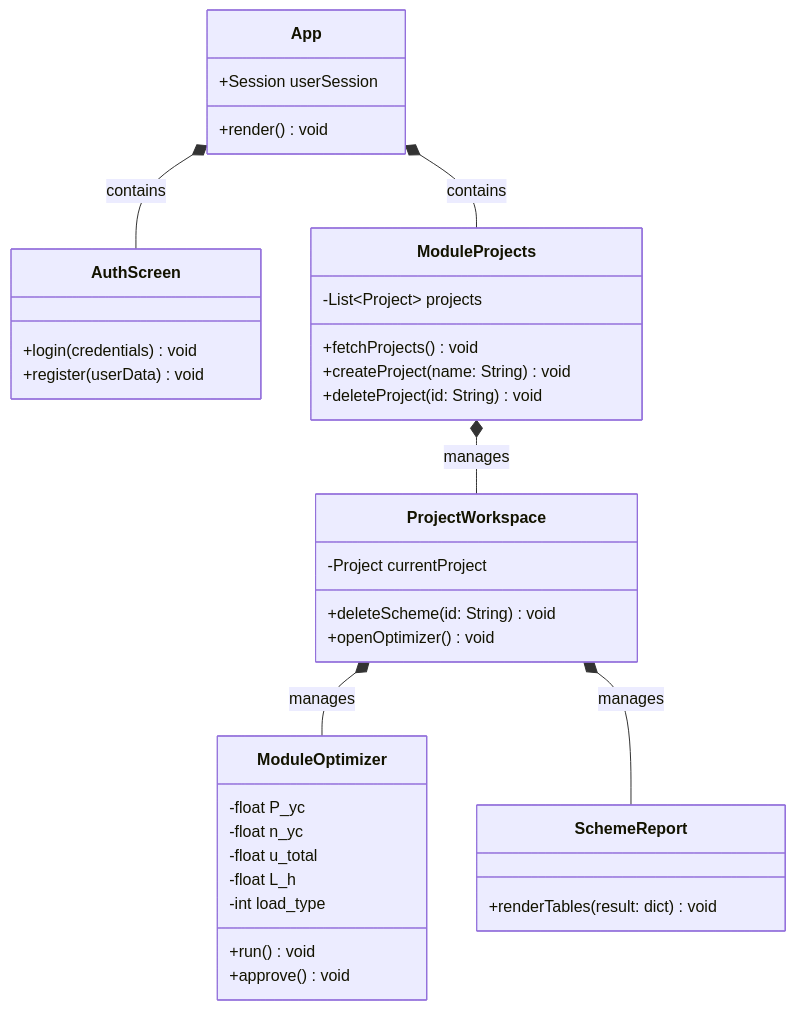
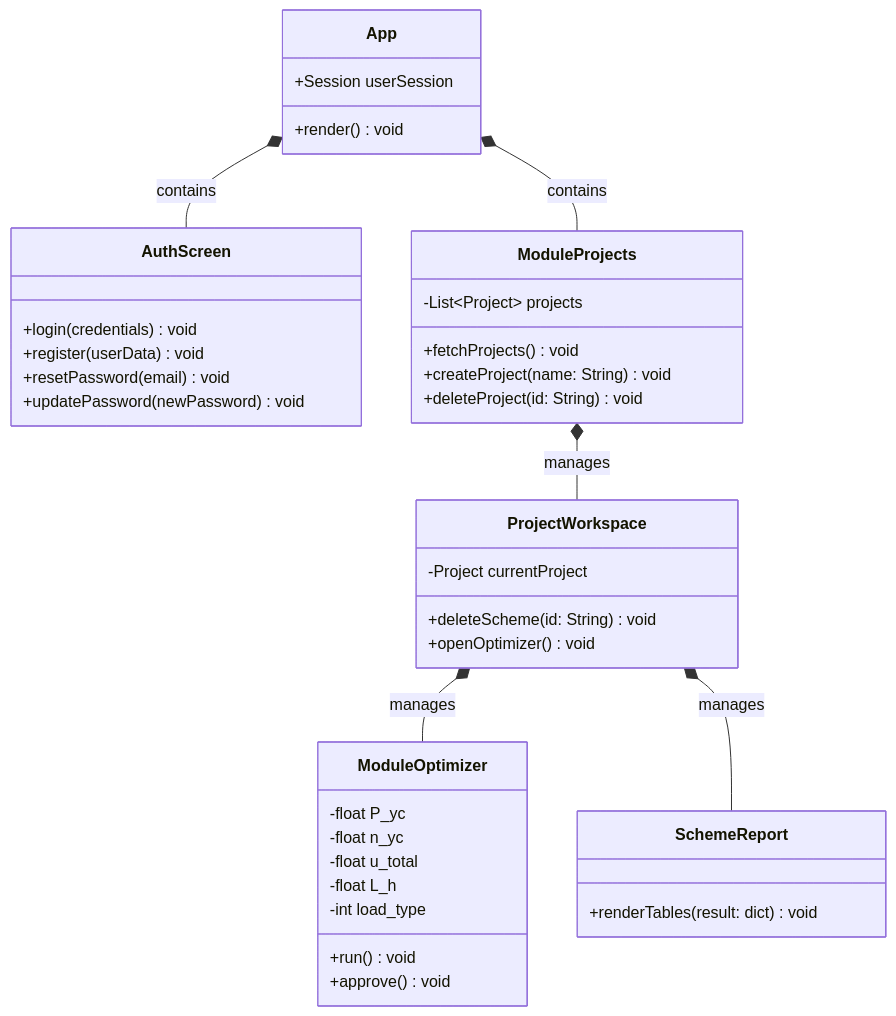
Before and after one commit to dvydinh/mechdrive: the second of 2 diagrams in docs/uml/3_Class_Diagrams.md, drawn with Mermaid. The commit also changed 2 other files, not shown here.

Commit message:
cap nhat so do

````diff
--- a/docs/uml/3_Class_Diagrams.md
+++ b/docs/uml/3_Class_Diagrams.md
@@ -36,45 +36,47 @@
 ```mermaid
 classDiagram
     class App {
         +Session userSession
         +render() void
     }
     
     class AuthScreen {
         +login(credentials) void
         +register(userData) void
+        +resetPassword(email) void
+        +updatePassword(newPassword) void
     }
     
     class ModuleProjects {
         -List~Project~ projects
         +fetchProjects() void
         +createProject(name: String) void
         +deleteProject(id: String) void
     }
     
     class ProjectWorkspace {
         -Project currentProject
         +deleteScheme(id: String) void
         +openOptimizer() void
     }
     
     class ModuleOptimizer {
         -float P_yc
         -float n_yc
         -float u_total
         -float L_h
         -int load_type
         +run() void
         +approve() void
     }
     
     class SchemeReport {
         +renderTables(result: dict) void
     }
 
     App *-- AuthScreen : contains
     App *-- ModuleProjects : contains
     ModuleProjects *-- ProjectWorkspace : manages
     ProjectWorkspace *-- ModuleOptimizer : manages
     ProjectWorkspace *-- SchemeReport : manages
 ```
````
